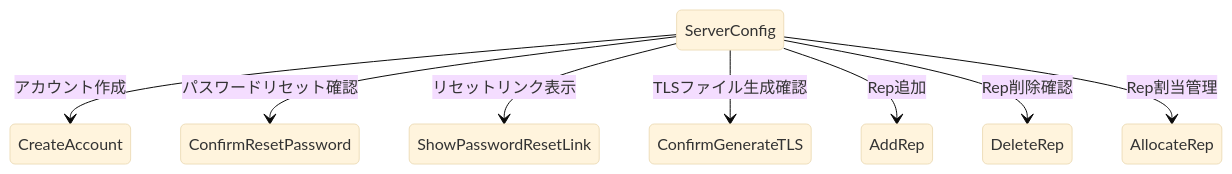
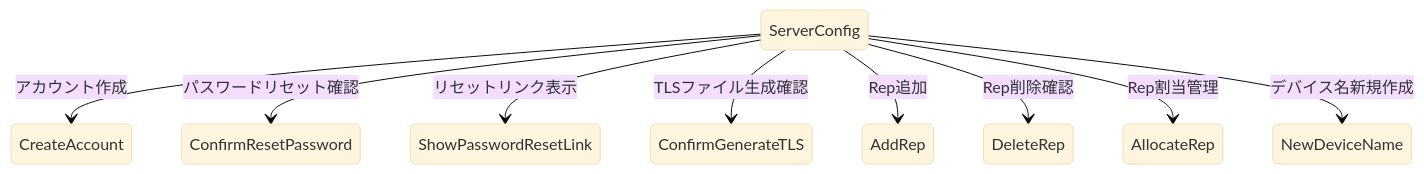
One commit to mt3hr/gkill changed the sixth of 7 diagrams in documents/reverse/screen-transition.md. Above: the diagram before and after it, drawn with Mermaid (base theme). The commit also changed other lines of this file and 25 other files, not shown here.

````diff
--- a/documents/reverse/screen-transition.md
+++ b/documents/reverse/screen-transition.md
@@ -242,10 +311,11 @@
 ```mermaid
 stateDiagram-v2
     ServerConfig --> CreateAccount: アカウント作成
     ServerConfig --> ConfirmResetPassword: パスワードリセット確認
     ServerConfig --> ShowPasswordResetLink: リセットリンク表示
     ServerConfig --> ConfirmGenerateTLS: TLSファイル生成確認
     ServerConfig --> AddRep: Rep追加
     ServerConfig --> DeleteRep: Rep削除確認
     ServerConfig --> AllocateRep: Rep割当管理
+    ServerConfig --> NewDeviceName: デバイス名新規作成
 ```
````
